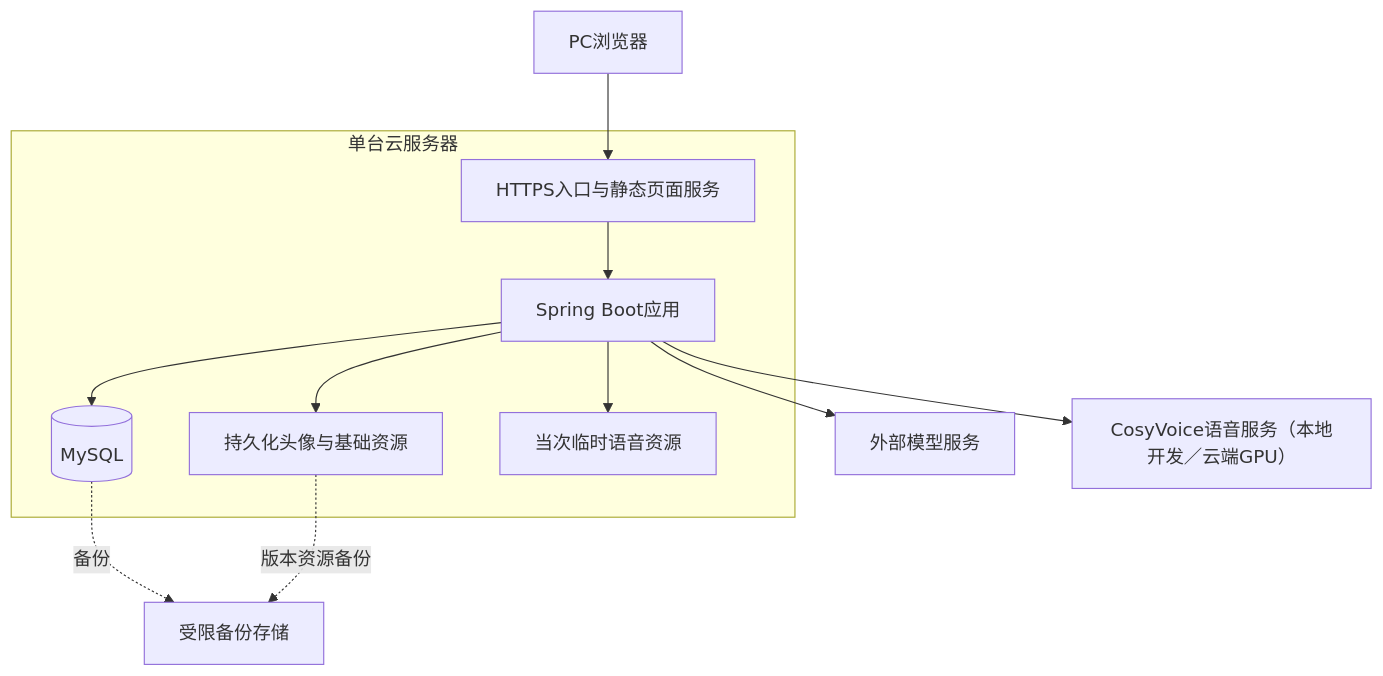
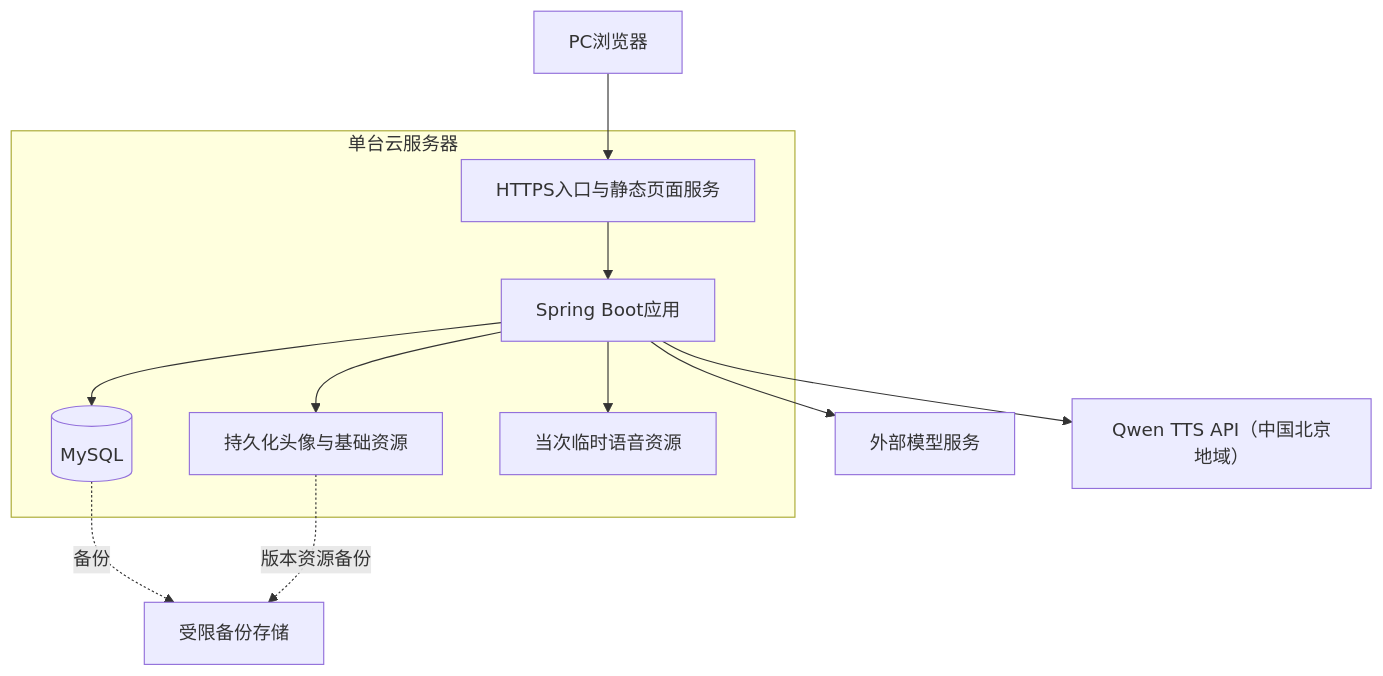
The fourth of 4 diagrams in docs/AI反诈情景推演平台_系统架构设计文档_V1_1.md (CARL-zhou7/AI-anti-scrm-new), drawn with Mermaid before and after one commit. The commit also changed other lines of this file and 131 other files, not shown here.

````diff
--- a/docs/AI反诈情景推演平台_系统架构设计文档_V1_1.md
+++ b/docs/AI反诈情景推演平台_系统架构设计文档_V1_1.md
@@ -638,24 +812,24 @@
 ```mermaid
 flowchart TB
     PC[PC浏览器]
     subgraph HOST[单台云服务器]
         ENTRY[HTTPS入口与静态页面服务]
         API[Spring Boot应用]
         SQL[(MySQL)]
         STORAGE[持久化头像与基础资源]
         TEMP[当次临时语音资源]
         ENTRY --> API
         API --> SQL
         API --> STORAGE
         API --> TEMP
     end
     MODEL[外部模型服务]
-    VOICE[CosyVoice语音服务（本地开发／云端GPU）]
+    VOICE[Qwen TTS API（中国北京地域）]
     BACKUP[受限备份存储]
 
     PC --> ENTRY
     API --> MODEL
     API --> VOICE
     SQL -.备份.-> BACKUP
     STORAGE -.版本资源备份.-> BACKUP
 ```
````
